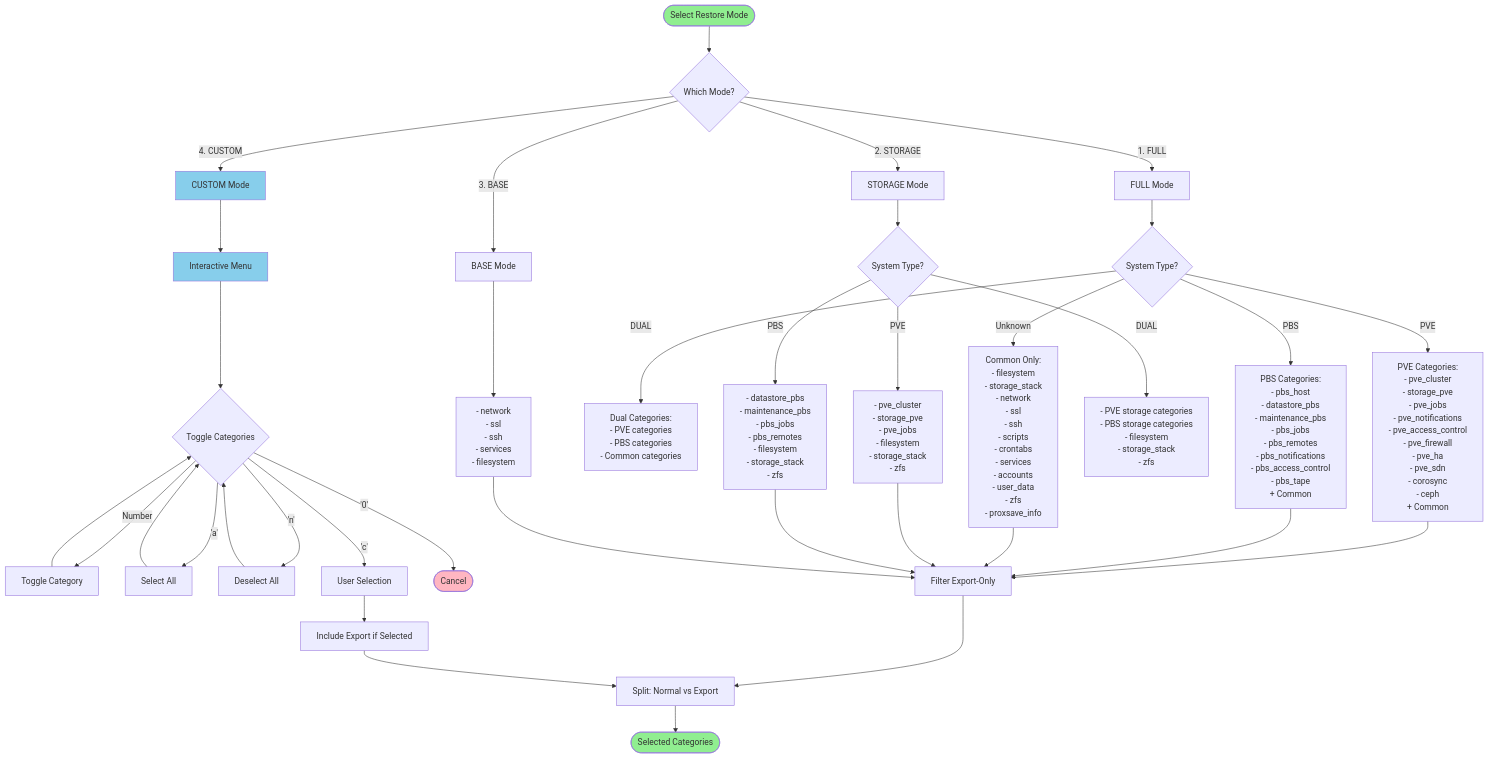
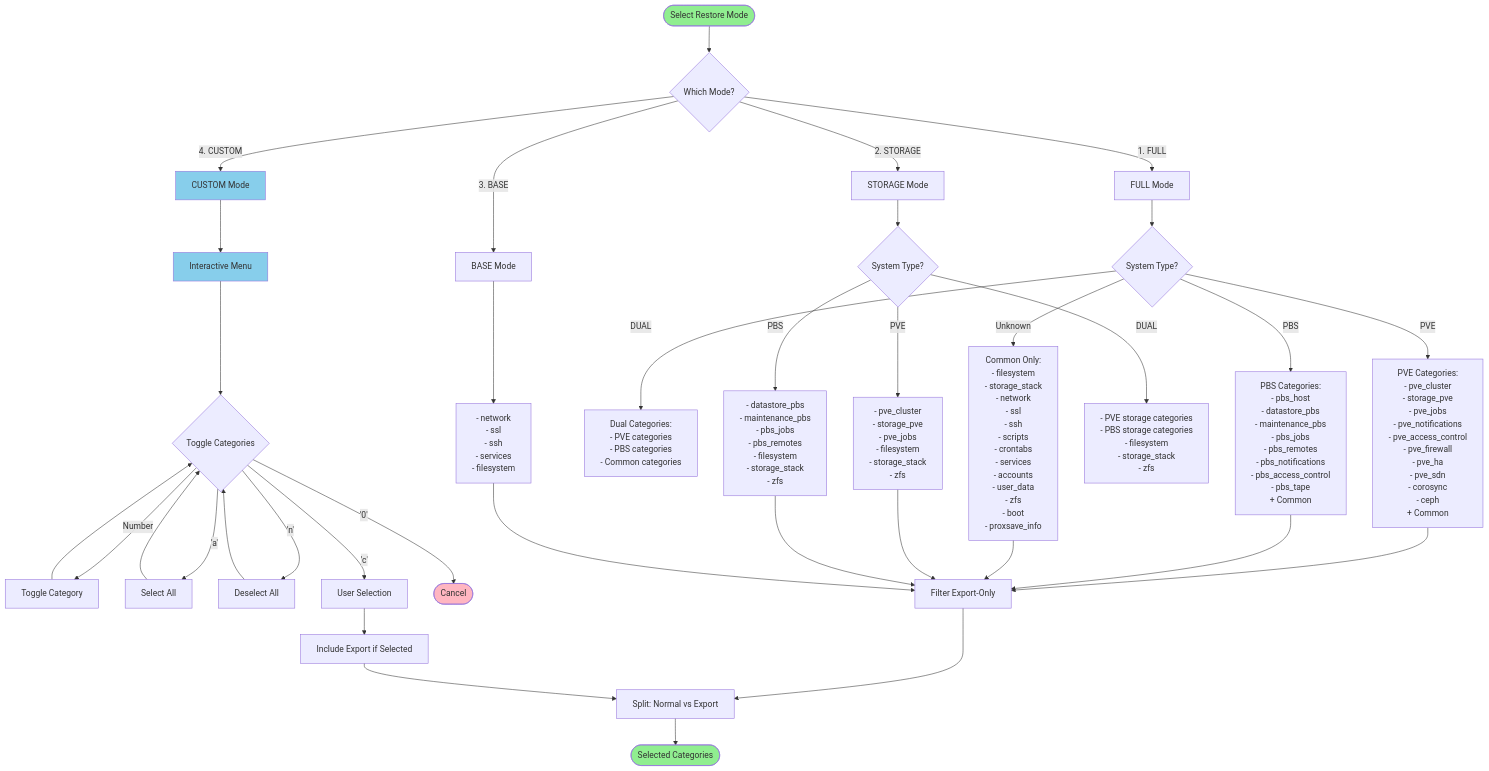
The second of 13 diagrams in docs/RESTORE_DIAGRAMS.md (tis24dev/proxsave), drawn with Mermaid before and after one commit. The commit also changed other lines of this file and 175 other files, not shown here.

````diff
--- a/docs/RESTORE_DIAGRAMS.md
+++ b/docs/RESTORE_DIAGRAMS.md
@@ -103,51 +108,51 @@
 ```mermaid
 flowchart TD
     Start([Select Restore Mode]) --> Mode{Which Mode?}
 
     Mode -->|1. FULL| Full[FULL Mode]
     Mode -->|2. STORAGE| Storage[STORAGE Mode]
     Mode -->|3. BASE| Base[BASE Mode]
     Mode -->|4. CUSTOM| Custom[CUSTOM Mode]
 
     Full --> SystemFull{System Type?}
     SystemFull -->|PVE| PVEFull[PVE Categories:<br/>- pve_cluster<br/>- storage_pve<br/>- pve_jobs<br/>- pve_notifications<br/>- pve_access_control<br/>- pve_firewall<br/>- pve_ha<br/>- pve_sdn<br/>- corosync<br/>- ceph<br/>+ Common]
     SystemFull -->|PBS| PBSFull[PBS Categories:<br/>- pbs_host<br/>- datastore_pbs<br/>- maintenance_pbs<br/>- pbs_jobs<br/>- pbs_remotes<br/>- pbs_notifications<br/>- pbs_access_control<br/>- pbs_tape<br/>+ Common]
     SystemFull -->|DUAL| DualFull[Dual Categories:<br/>- PVE categories<br/>- PBS categories<br/>- Common categories]
-    SystemFull -->|Unknown| CommonFull[Common Only:<br/>- filesystem<br/>- storage_stack<br/>- network<br/>- ssl<br/>- ssh<br/>- scripts<br/>- crontabs<br/>- services<br/>- accounts<br/>- user_data<br/>- zfs<br/>- proxsave_info]
+    SystemFull -->|Unknown| CommonFull[Common Only:<br/>- filesystem<br/>- storage_stack<br/>- network<br/>- ssl<br/>- ssh<br/>- scripts<br/>- crontabs<br/>- services<br/>- accounts<br/>- user_data<br/>- zfs<br/>- boot<br/>- proxsave_info]
 
     Storage --> SystemStorage{System Type?}
     SystemStorage -->|PVE| PVEStorage[- pve_cluster<br/>- storage_pve<br/>- pve_jobs<br/>- filesystem<br/>- storage_stack<br/>- zfs]
     SystemStorage -->|PBS| PBSStorage[- datastore_pbs<br/>- maintenance_pbs<br/>- pbs_jobs<br/>- pbs_remotes<br/>- filesystem<br/>- storage_stack<br/>- zfs]
     SystemStorage -->|DUAL| DualStorage[- PVE storage categories<br/>- PBS storage categories<br/>- filesystem<br/>- storage_stack<br/>- zfs]
 
     Base --> BaseCats[- network<br/>- ssl<br/>- ssh<br/>- services<br/>- filesystem]
 
     Custom --> CheckboxMenu[Interactive Menu]
     CheckboxMenu --> ToggleLoop{Toggle Categories}
     ToggleLoop -->|Number| Toggle[Toggle Category]
     Toggle --> ToggleLoop
     ToggleLoop -->|'a'| SelectAll[Select All]
     SelectAll --> ToggleLoop
     ToggleLoop -->|'n'| DeselectAll[Deselect All]
     DeselectAll --> ToggleLoop
     ToggleLoop -->|'c'| CustomSelected[User Selection]
     ToggleLoop -->|'0'| Cancel([Cancel])
 
     PVEFull --> FilterExport[Filter Export-Only]
     PBSFull --> FilterExport
     CommonFull --> FilterExport
     PVEStorage --> FilterExport
     PBSStorage --> FilterExport
     BaseCats --> FilterExport
     CustomSelected --> NoFilter[Include Export if Selected]
 
     FilterExport --> Split[Split: Normal vs Export]
     NoFilter --> Split
     Split --> Result([Selected Categories])
 
     style Start fill:#90EE90
     style Result fill:#90EE90
     style Cancel fill:#FFB6C1
     style Custom fill:#87CEEB
     style CheckboxMenu fill:#87CEEB
 ```
````
